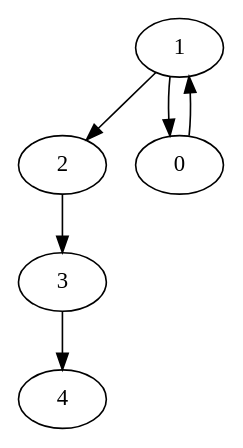
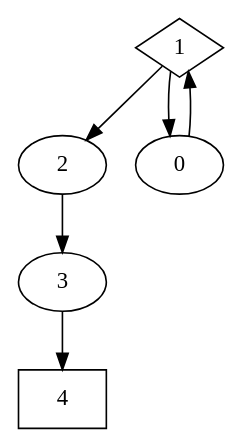
One commit to VivIsBee/libgmldc changed the diagram in out.dot. Above: the diagram before and after it, drawn with Graphviz. The commit also changed 1 other file, not shown here.

```diff
--- a/out.dot
+++ b/out.dot
@@ -1,12 +1,12 @@
 digraph cfg1 {
+    N4[label="4"][shape="box"];
+    N1[label="1"][shape="diamond"];
     N2[label="2"];
-    N4[label="4"];
-    N1[label="1"];
+    N3[label="3"];
     N0[label="0"];
-    N3[label="3"];
+    N1 -> N2[label=""];
+    N1 -> N0[label=""];
     N2 -> N3[label=""];
-    N1 -> N0[label=""];
-    N1 -> N2[label=""];
+    N3 -> N4[label=""];
     N0 -> N1[label=""];
-    N3 -> N4[label=""];
 }
```
